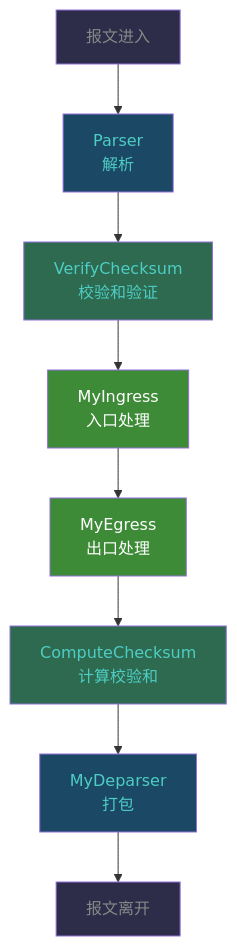
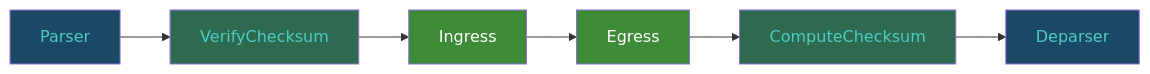
One commit to Sukkk-zcy/Sukkk-zcy.github.io changed the diagram in src/content/blog/P4/p4-07-v1model.mdx. Above: the diagram before and after it, drawn with Mermaid.

Commit message:
fix: 优化 V1Model 流程图为水平布局

````diff
--- a/src/content/blog/P4/p4-07-v1model.mdx
+++ b/src/content/blog/P4/p4-07-v1model.mdx
@@ -26,19 +26,15 @@
 ```mermaid
-graph TD
-    A[报文进入] --> B[Parser<br/>解析]
-    B --> C[VerifyChecksum<br/>校验和验证]
-    C --> D[MyIngress<br/>入口处理]
-    D --> E[MyEgress<br/>出口处理]
-    E --> F[ComputeChecksum<br/>计算校验和]
-    F --> G[MyDeparser<br/>打包]
-    G --> H[报文离开]
+graph LR
+    A[Parser] --> B[VerifyChecksum]
+    B --> C[Ingress]
+    C --> D[Egress]
+    D --> E[ComputeChecksum]
+    E --> F[Deparser]
     
-    style A fill:#2d2d4a,color:#888
-    style B fill:#1b4965,color:#4ecdc4
-    style C fill:#2d6a4f,color:#4ecdc4
+    style A fill:#1b4965,color:#4ecdc4
+    style B fill:#2d6a4f,color:#4ecdc4
+    style C fill:#3d8b37,color:#fff
     style D fill:#3d8b37,color:#fff
-    style E fill:#3d8b37,color:#fff
-    style F fill:#2d6a4f,color:#4ecdc4
-    style G fill:#1b4965,color:#4ecdc4
-    style H fill:#2d2d4a,color:#888
+    style E fill:#2d6a4f,color:#4ecdc4
+    style F fill:#1b4965,color:#4ecdc4
 ```
````
